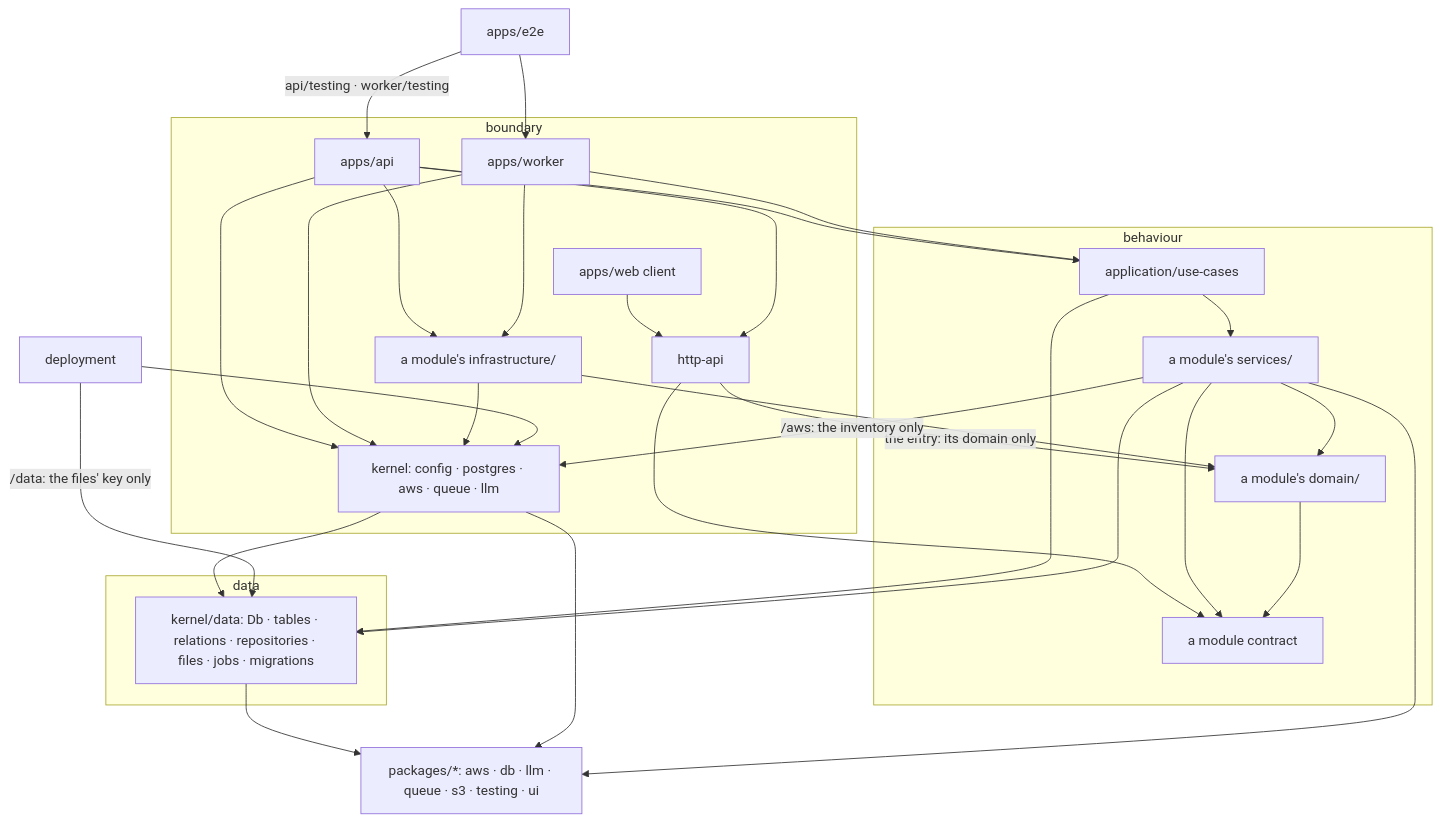
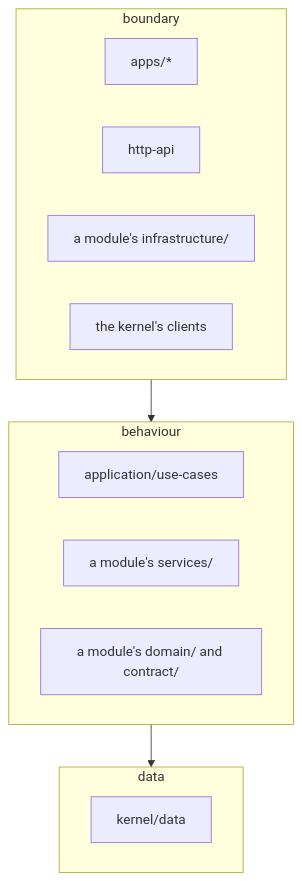
The diagram in docs/knowledge/architecture.md (khotei/app-template), drawn with Mermaid before and after one commit. The commit also changed other lines of this file and 3 other files, not shown here.

````diff
--- a/docs/knowledge/architecture.md
+++ b/docs/knowledge/architecture.md
@@ -36,47 +38,18 @@
 ```mermaid
 graph TD
   subgraph boundary["boundary"]
-    web["apps/web client"]
-    api["apps/api"]
-    worker["apps/worker"]
+    apps["apps/*"]
     httpApi["http-api"]
-    kernelOut["kernel: config · postgres · aws · queue · llm"]
     infra["a module's infrastructure/"]
+    clients["the kernel's clients"]
   end
   subgraph behaviour["behaviour"]
     useCases["application/use-cases"]
     services["a module's services/"]
-    domain["a module's domain/"]
-    contract["a module contract"]
+    domain["a module's domain/ and contract/"]
   end
   subgraph data["data"]
-    db["kernel/data: Db · tables · relations · repositories · files · jobs · migrations"]
+    db["kernel/data"]
   end
-  web --> httpApi
-  api --> httpApi
-  api --> useCases
-  api --> infra
-  api --> kernelOut
-  worker --> useCases
-  worker --> infra
-  worker --> kernelOut
-  httpApi -->|"the entry: its domain only"| domain
-  httpApi --> contract
-  useCases --> services
-  useCases --> db
-  infra --> domain
-  infra --> kernelOut
-  services --> domain
-  services --> db
-  services --> contract
-  services -->|"/aws: the inventory only"| kernelOut
-  domain --> contract
-  kernelOut --> db
-  db --> packages["packages/*: aws · db · llm · queue · s3 · testing · ui"]
-  kernelOut --> packages
-  services --> packages
-  deployment --> kernelOut
-  deployment -->|"/data: the files' key only"| db
-  e2e["apps/e2e"] -->|"api/testing · worker/testing"| api
-  e2e --> worker
+  boundary --> behaviour --> data
 ```
````
